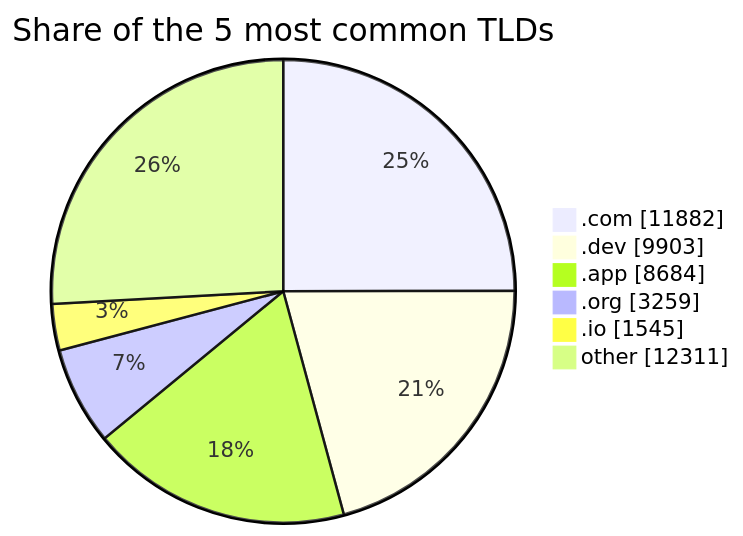
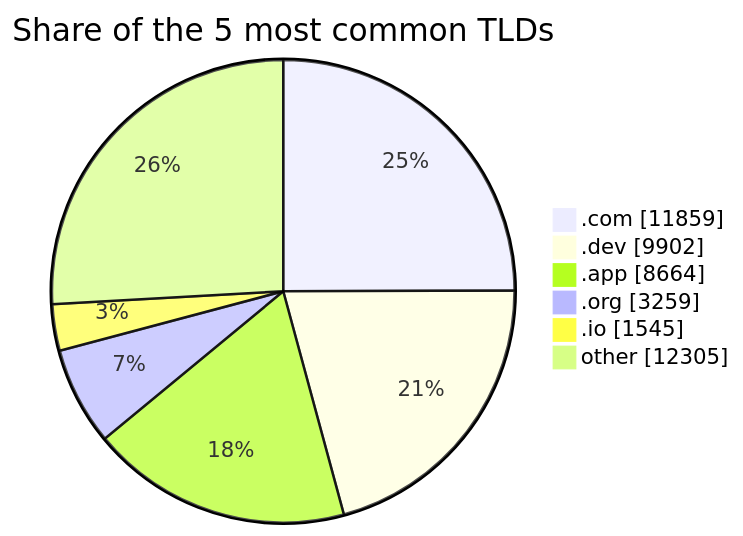
Before and after one commit to DNSBunker/CTI: the third of 3 diagrams in README.md, drawn with Mermaid. The commit also changed other lines of this file and 3 other files, not shown here.

````diff
--- a/README.md
+++ b/README.md
@@ -81,9 +81,9 @@
 ```mermaid
 pie showData title Share of the 5 most common TLDs
-    ".com" : 11882
-    ".dev" : 9903
-    ".app" : 8684
+    ".com" : 11859
+    ".dev" : 9902
+    ".app" : 8664
     ".org" : 3259
     ".io" : 1545
-    "other" : 12311
+    "other" : 12305
 ```
````
